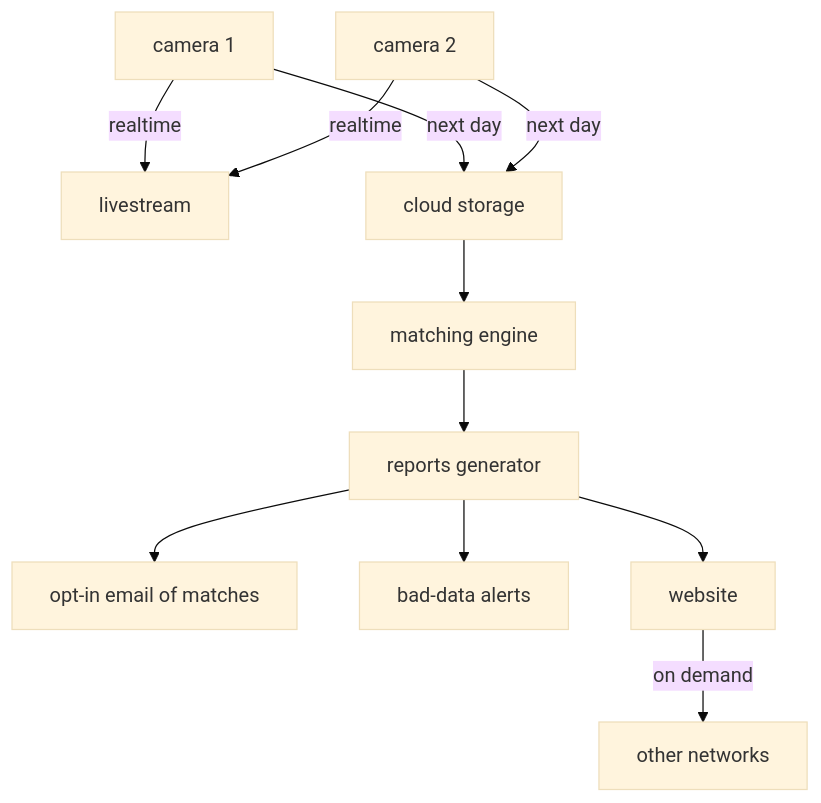
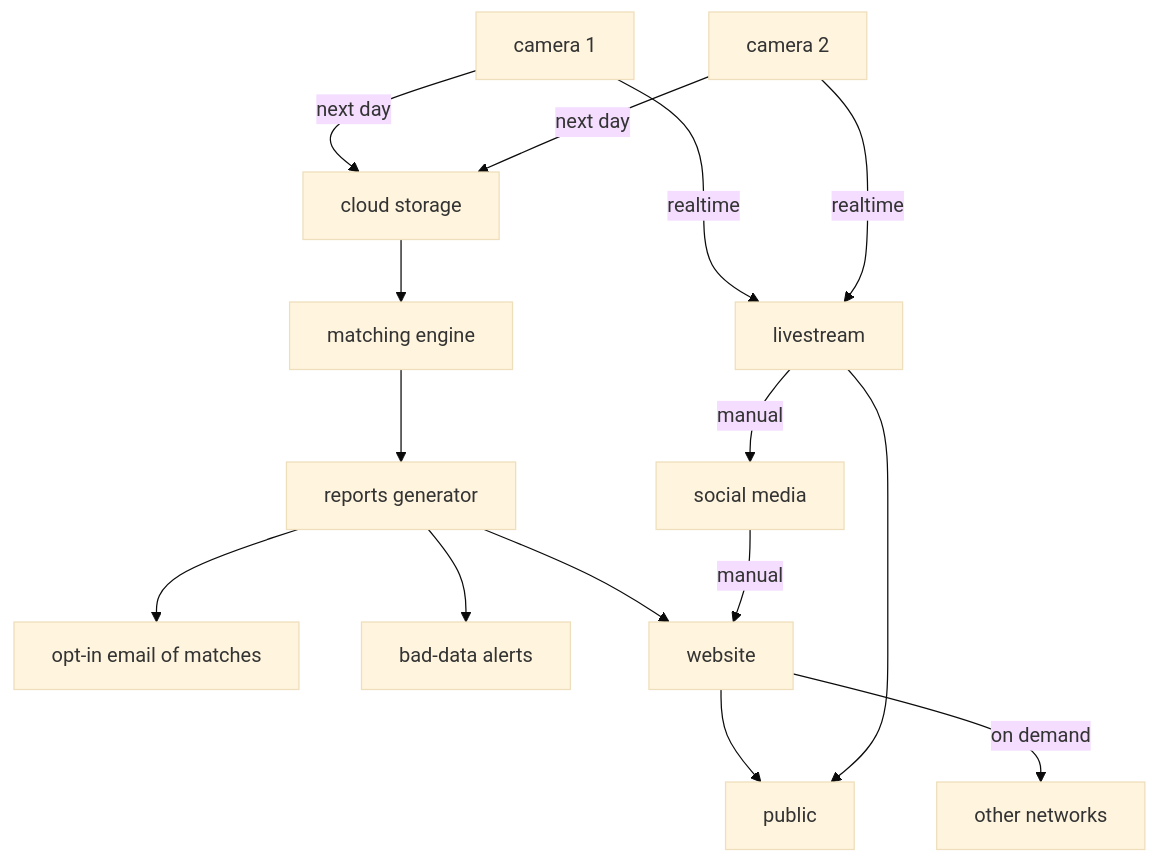
Before and after one commit to ukmda/ukmda-dataprocessing: the diagram in archive/README.md, drawn with Mermaid (base theme).

Commit message:
add social interactions

````diff
--- a/archive/README.md
+++ b/archive/README.md
@@ -3,13 +3,17 @@
 ```mermaid
     flowchart TD
     A[camera 1] -- realtime --> C[livestream];
     B[camera 2] -- realtime --> C[livestream];
     A[camera 1] -- next day --> D[cloud storage];
     B[camera 2] -- next day --> D[cloud storage];
     D[cloud storage] --> E[matching engine];
     E[matching engine] --> F[reports generator];
     F[reports generator] --> G[opt-in email of matches];
     F[reports generator] --> I[bad-data alerts];
     F[reports generator] --> H[website];
     H[website] -- on demand -->J[other networks];
+    H[website] --> L[public];
+    C[livestream] --> L[public];
+    C[livestream] -- manual --> K[social media];
+    K[social media] -- manual -->H[website];
 ```
````
